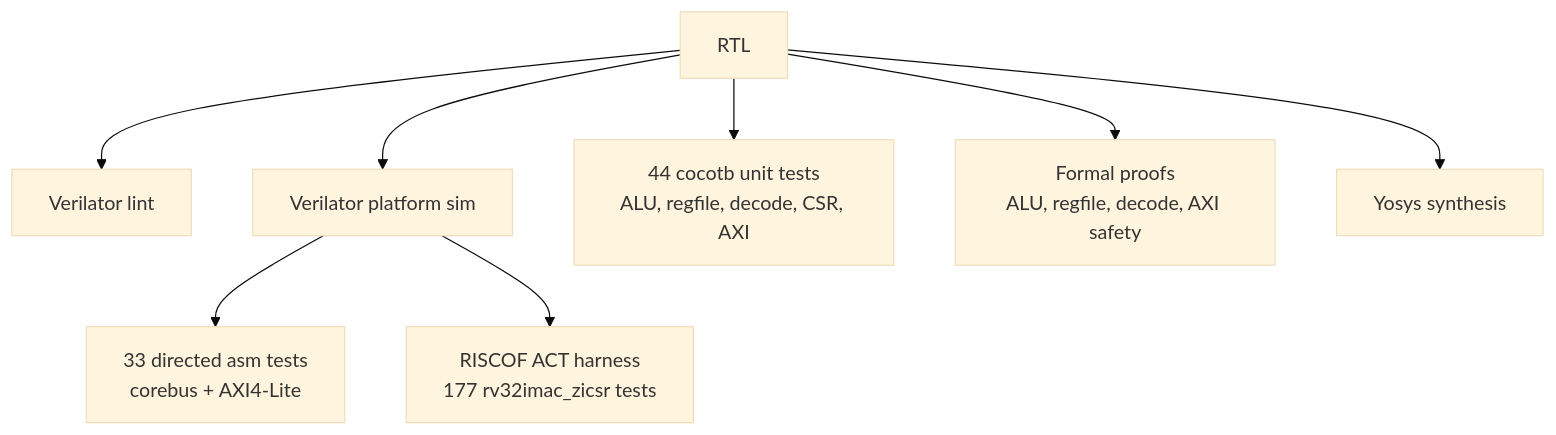
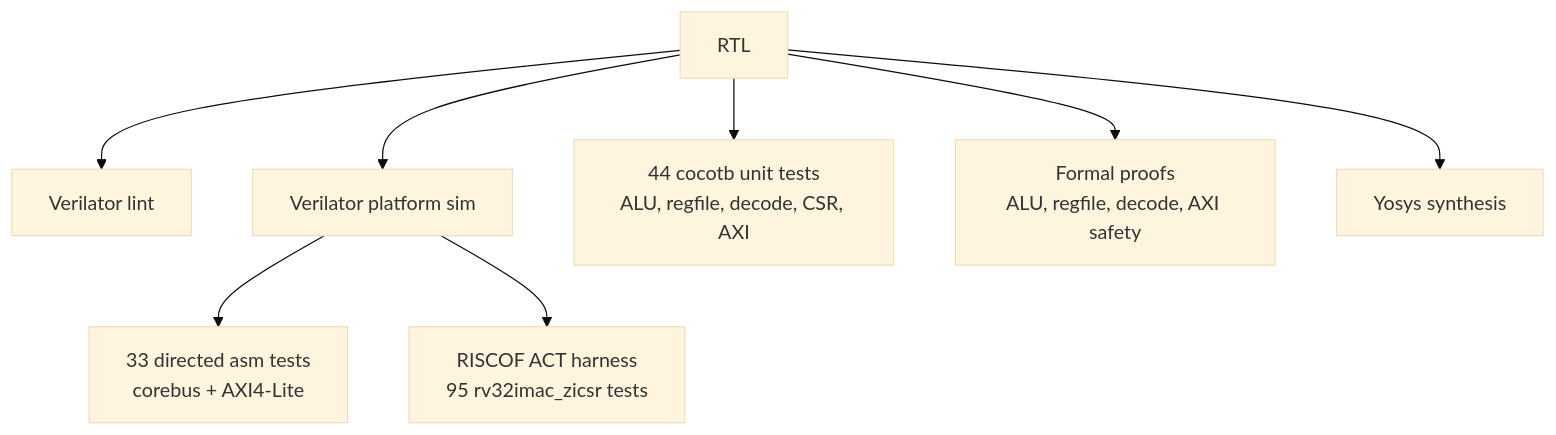
The third of 3 diagrams in README.md (kiranreddi/sisrv-platform), drawn with Mermaid (base theme) before and after one commit. The commit also changed other lines of this file and 2 other files, not shown here.

````diff
--- a/README.md
+++ b/README.md
@@ -84,10 +84,10 @@
 ```mermaid
 flowchart TB
   RTL["RTL"] --> Lint["Verilator lint"]
   RTL --> Sim["Verilator platform sim"]
   Sim --> ASM["33 directed asm tests\ncorebus + AXI4-Lite"]
   RTL --> Cocotb["44 cocotb unit tests\nALU, regfile, decode, CSR, AXI"]
   RTL --> Formal["Formal proofs\nALU, regfile, decode, AXI safety"]
   RTL --> Synth["Yosys synthesis"]
-  Sim --> RISCOF["RISCOF ACT harness\n177 rv32imac_zicsr tests"]
+  Sim --> RISCOF["RISCOF ACT harness\n95 rv32imac_zicsr tests"]
 ```
````
